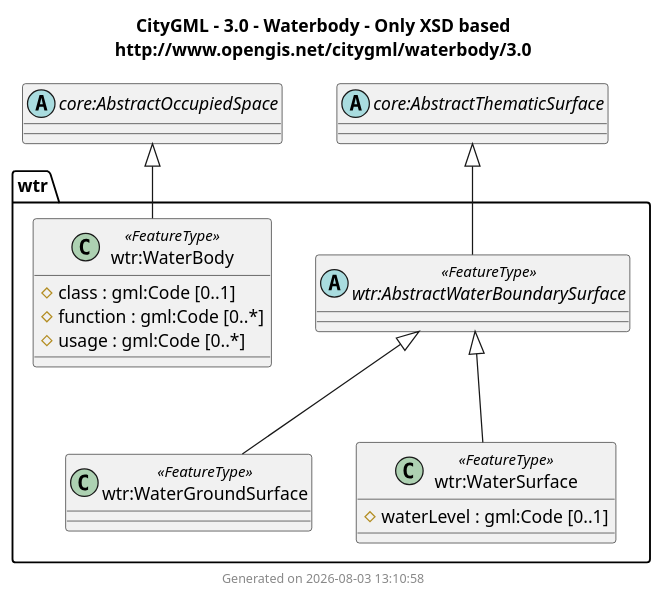
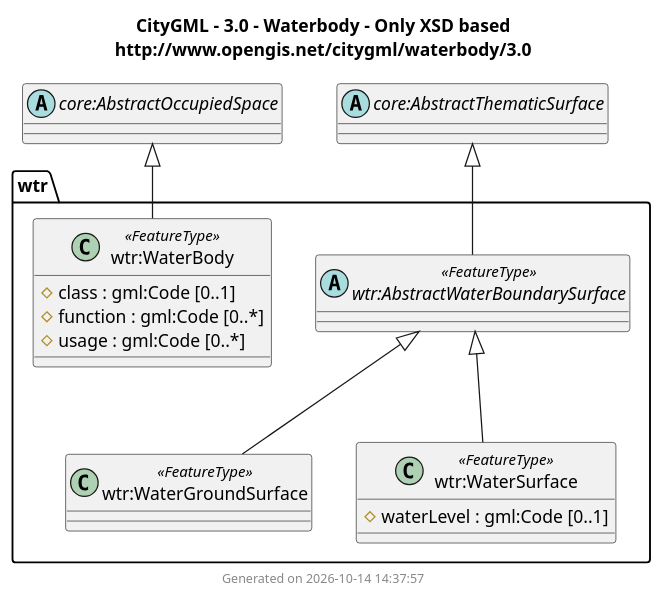
Before and after one commit to muratkendir/every-class: the diagram in docs/output/CityGML/3.0/UMLClassDiagram/waterbody.puml, drawn with PlantUML. The commit also changed 39 other files, not shown here.

First line of the commit message:
Add xAL 3.0 suite, PlantUML namespace-safe aliases, inlined combined diagrams, and step 10 compilations

```diff
--- a/docs/output/CityGML/3.0/UMLClassDiagram/waterbody.puml
+++ b/docs/output/CityGML/3.0/UMLClassDiagram/waterbody.puml
@@ -1,81 +1,81 @@
 @startuml
 title
   CityGML - 3.0 - Waterbody - Only XSD based
   http://www.opengis.net/citygml/waterbody/3.0
 end title
 
 package wtr {
-abstract class "wtr:ADEOfAbstractWaterBoundarySurface" $adeOf
-class "wtr:ADEOfAbstractWaterBoundarySurfaceProperty" $property $adeOf {
+abstract class "wtr:ADEOfAbstractWaterBoundarySurface" as wtr_ADEOfAbstractWaterBoundarySurface $adeOf
+class "wtr:ADEOfAbstractWaterBoundarySurfaceProperty" as wtr_ADEOfAbstractWaterBoundarySurfaceProperty $property $adeOf {
   ADEOfAbstractWaterBoundarySurface : wtr:ADEOfAbstractWaterBoundarySurface
 }
-abstract class "wtr:ADEOfWaterBody" $adeOf
-class "wtr:ADEOfWaterBodyProperty" $property $adeOf {
+abstract class "wtr:ADEOfWaterBody" as wtr_ADEOfWaterBody $adeOf
+class "wtr:ADEOfWaterBodyProperty" as wtr_ADEOfWaterBodyProperty $property $adeOf {
   ADEOfWaterBody : wtr:ADEOfWaterBody
 }
-abstract class "wtr:ADEOfWaterGroundSurface" $adeOf
-class "wtr:ADEOfWaterGroundSurfaceProperty" $property $adeOf {
+abstract class "wtr:ADEOfWaterGroundSurface" as wtr_ADEOfWaterGroundSurface $adeOf
+class "wtr:ADEOfWaterGroundSurfaceProperty" as wtr_ADEOfWaterGroundSurfaceProperty $property $adeOf {
   ADEOfWaterGroundSurface : wtr:ADEOfWaterGroundSurface
 }
-abstract class "wtr:ADEOfWaterSurface" $adeOf
-class "wtr:ADEOfWaterSurfaceProperty" $property $adeOf {
+abstract class "wtr:ADEOfWaterSurface" as wtr_ADEOfWaterSurface $adeOf
+class "wtr:ADEOfWaterSurfaceProperty" as wtr_ADEOfWaterSurfaceProperty $property $adeOf {
   ADEOfWaterSurface : wtr:ADEOfWaterSurface
 }
-abstract class "wtr:AbstractWaterBoundarySurface" <<FeatureType>> {
+abstract class "wtr:AbstractWaterBoundarySurface" as wtr_AbstractWaterBoundarySurface <<FeatureType>> {
   ~ adeOfAbstractWaterBoundarySurface : wtr:ADEOfAbstractWaterBoundarySurface [0..*]
 }
-class "wtr:AbstractWaterBoundarySurfaceProperty" $property {
+class "wtr:AbstractWaterBoundarySurfaceProperty" as wtr_AbstractWaterBoundarySurfaceProperty $property {
   AbstractWaterBoundarySurface : wtr:AbstractWaterBoundarySurface
 }
-class "wtr:WaterBody" <<FeatureType>> {
+class "wtr:WaterBody" as wtr_WaterBody <<FeatureType>> {
   # class : gml:Code [0..1]
   # function : gml:Code [0..*]
   # usage : gml:Code [0..*]
   ~ adeOfWaterBody : wtr:ADEOfWaterBody [0..*]
 }
-class "wtr:WaterBodyProperty" $property {
+class "wtr:WaterBodyProperty" as wtr_WaterBodyProperty $property {
   WaterBody : wtr:WaterBody
 }
-class "wtr:WaterGroundSurface" <<FeatureType>> {
+class "wtr:WaterGroundSurface" as wtr_WaterGroundSurface <<FeatureType>> {
   ~ adeOfWaterGroundSurface : wtr:ADEOfWaterGroundSurface [0..*]
 }
-class "wtr:WaterGroundSurfaceProperty" $property {
+class "wtr:WaterGroundSurfaceProperty" as wtr_WaterGroundSurfaceProperty $property {
   WaterGroundSurface : wtr:WaterGroundSurface
 }
-class "wtr:WaterSurface" <<FeatureType>> {
+class "wtr:WaterSurface" as wtr_WaterSurface <<FeatureType>> {
   # waterLevel : gml:Code [0..1]
   ~ adeOfWaterSurface : wtr:ADEOfWaterSurface [0..*]
 }
-class "wtr:WaterSurfaceProperty" $property {
+class "wtr:WaterSurfaceProperty" as wtr_WaterSurfaceProperty $property {
   WaterSurface : wtr:WaterSurface
 }
 }
 
 ' External types (unresolved namespaces)
-abstract class "core:AbstractOccupiedSpace"
-abstract class "core:AbstractThematicSurface"
+abstract class "core:AbstractOccupiedSpace" as core_AbstractOccupiedSpace
+abstract class "core:AbstractThematicSurface" as core_AbstractThematicSurface
 
-"core:AbstractThematicSurface" <|-- "wtr:AbstractWaterBoundarySurface"
-"core:AbstractOccupiedSpace" <|-- "wtr:WaterBody"
-"wtr:AbstractWaterBoundarySurface" <|-- "wtr:WaterGroundSurface"
-"wtr:AbstractWaterBoundarySurface" <|-- "wtr:WaterSurface"
+"core_AbstractThematicSurface" <|-- "wtr_AbstractWaterBoundarySurface"
+"core_AbstractOccupiedSpace" <|-- "wtr_WaterBody"
+"wtr_AbstractWaterBoundarySurface" <|-- "wtr_WaterGroundSurface"
+"wtr_AbstractWaterBoundarySurface" <|-- "wtr_WaterSurface"
 
 ' ADE hook classes are removed from rendering by default;
 ' remove the next line to show them.
 remove $adeOf
 
 ' Property pseudo-classes are removed from rendering by default;
 ' remove the next line to show them.
 remove $property
 
 ' ADE hook attributes are marked as package members (~ ) and
 ' hidden from rendering by default; remove the next line to show them.
 hide package members
 
 ' Attributes with value types from other namespaces are marked as
 ' protected members (# ) and shown by default; uncomment the next
 ' line to hide them.
 ' hide protected members
 
-footer Generated on 2026-08-03 13:10:58
+footer Generated on 2026-10-14 14:37:57
 @enduml
```
